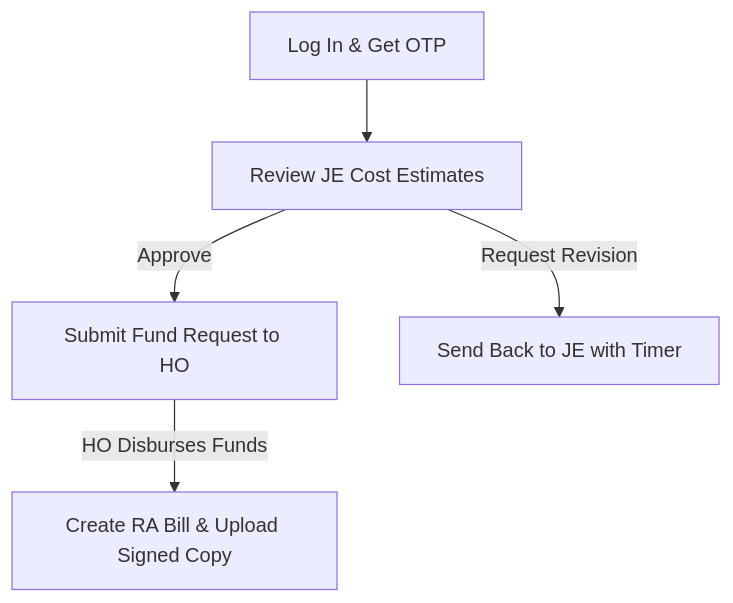
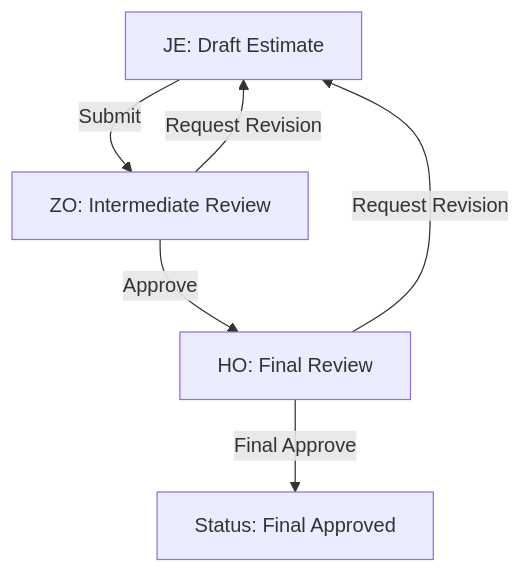
Before and after one commit to Zenoguy/SNPolymers: the second of 2 diagrams in documentation/USER_MANUAL.md, drawn with Mermaid. The commit also changed other lines of this file and 3 other files, not shown here.

````diff
--- a/documentation/USER_MANUAL.md
+++ b/documentation/USER_MANUAL.md
@@ -281,7 +159,8 @@
 ```mermaid
 graph TD
-    A[Log In & Get OTP] --> B[Review JE Cost Estimates]
-    B -->|Approve| C[Submit Fund Request to HO]
-    B -->|Request Revision| D[Send Back to JE with Timer]
-    C -->|HO Disburses Funds| E[Create RA Bill & Upload Signed Copy]
+    JE[JE: Draft Estimate] -->|Submit| ZO[ZO: Intermediate Review]
+    ZO -->|Approve| HO[HO: Final Review]
+    ZO -->|Request Revision| JE
+    HO -->|Final Approve| FA[Status: Final Approved]
+    HO -->|Request Revision| JE
 ```
````
